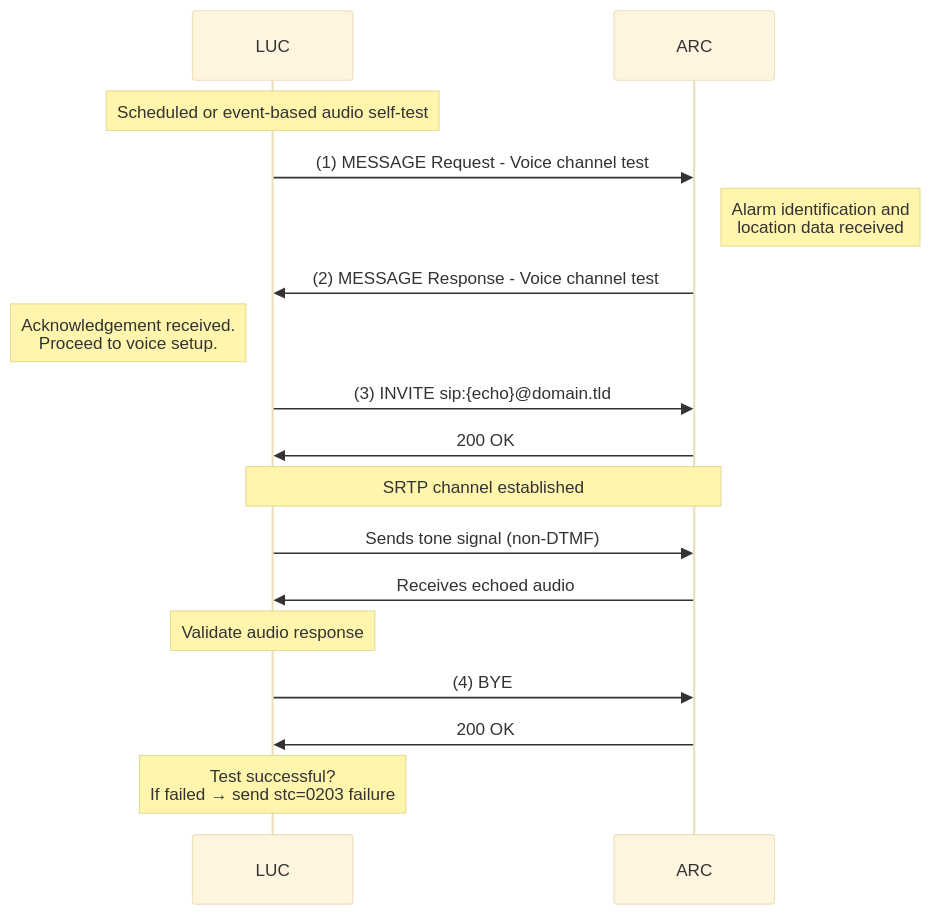
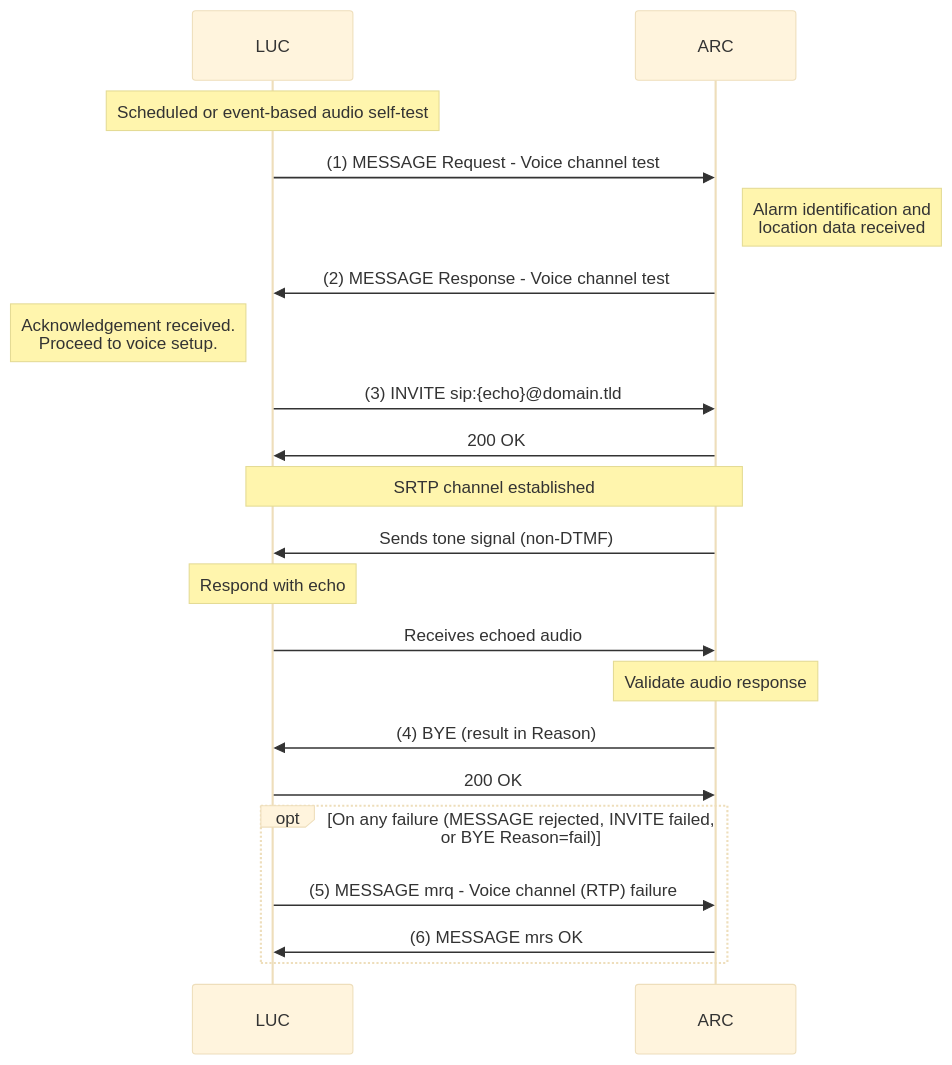
Before and after one commit to Telegartner-Elektronik/LACS-Protocol: the sixth of 8 diagrams in LACS-usecases.md, drawn with Mermaid (base theme). The commit also changed other lines of this file and 1 other file, not shown here.

First line of the commit message:
v0.10-draft - invert voice channel test direction (ARC sends tone)

````diff
--- a/LACS-usecases.md
+++ b/LACS-usecases.md
@@ -467,28 +479,32 @@
 ```mermaid
 sequenceDiagram
     participant LUC
     participant ARC
 
     Note over LUC: Scheduled or event-based audio self-test
 
     LUC->>ARC: (1) MESSAGE Request - Voice channel test
     Note right of ARC: Alarm identification and<br> location data received
 
     ARC->>LUC: (2) MESSAGE Response - Voice channel test
     Note left of LUC: Acknowledgement received.<br>Proceed to voice setup.
 
     LUC->>ARC: (3) INVITE sip:{echo}@domain.tld
     ARC->>LUC: 200 OK
 
     Note over ARC, LUC: SRTP channel established
 
-	LUC->>ARC: Sends tone signal (non-DTMF)
-    ARC->>LUC: Receives echoed audio
-    Note over LUC: Validate audio response
+	ARC->>LUC: Sends tone signal (non-DTMF)
+	Note over LUC: Respond with echo
+    LUC->>ARC: Receives echoed audio
+    Note over ARC: Validate audio response
 
-    LUC->>ARC: (4) BYE
-    ARC->>LUC: 200 OK
-
-    Note over LUC: Test successful?<br> If failed → send stc=0203 failure
+    ARC->>LUC: (4) BYE (result in Reason)
+    LUC->>ARC: 200 OK
+    
+    opt On any failure (MESSAGE rejected, INVITE failed, or BYE Reason=fail)
+        LUC->>ARC: (5) MESSAGE mrq - Voice channel (RTP) failure
+        ARC->>LUC: (6) MESSAGE mrs OK
+    end
 
 ```
````
